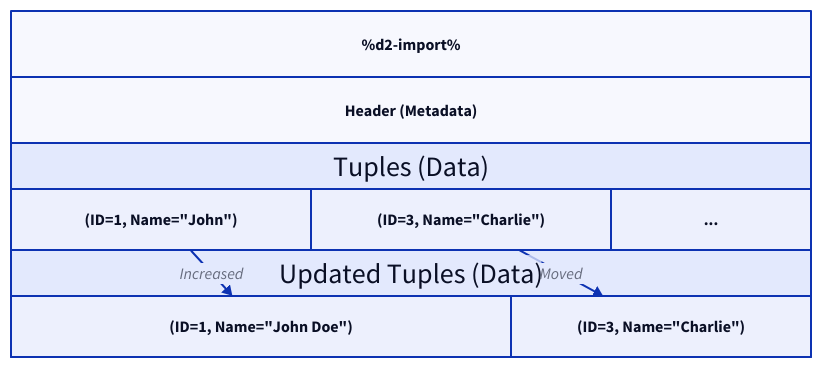
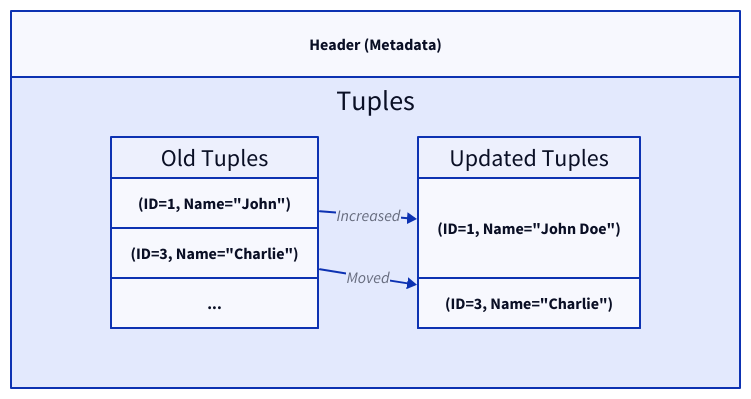
The third of 10 diagrams in content/docs/data-persistence/sql-database/physical-layer.md (link1905/system-design-101), drawn with D2 before and after one commit. The commit also changed other lines of this file and 40 other files, not shown here.

````diff
--- a/content/docs/data-persistence/sql-database/physical-layer.md
+++ b/content/docs/data-persistence/sql-database/physical-layer.md
@@ -70,32 +69,35 @@
 ```d2
-%d2-import%
 grid-gap: 0
 grid-columns: 1
 Header (Metadata)
-t: Tuples (Data) {
+t: Tuples {
+  grid-rows: 1
+  horizontal-gap: 100
+  t: Old Tuples {
+      grid-gap: 0
+      grid-columns: 1
+      t1: '(ID=1, Name="John")' {
+          height: 50
+      }
+      t2: '(ID=3, Name="Charlie")' {
+          height: 50
+      }
+      "..." {
+          height: 50
+          class: none
+      }
+  }
+  ut: Updated Tuples {
     grid-gap: 0
-    grid-rows: 1
-    t1: '(ID=1, Name="John")' {
-        width: 300
+    grid-columns: 1
+    t1: '(ID=1, Name="John Doe")' {
+      height: 100
     }
     t2: '(ID=3, Name="Charlie")' {
-        width: 300
+      height: 50
     }
-    "..." {
-        width: 200
-        class: none
-    }
+  }
+  t.t2 -> ut.t2: Moved
+  t.t1 -> ut.t1: Increased
 }
-ut: Updated Tuples (Data) {
-    grid-gap: 0
-    grid-rows: 1
-    t1: '(ID=1, Name="John Doe")' {
-        width: 500
-    }
-    t2: '(ID=3, Name="Charlie")' {
-        width: 300
-    }
-}
-t.t2 -> ut.t2: Moved
-t.t1 -> ut.t1: Increased
 ```
````
